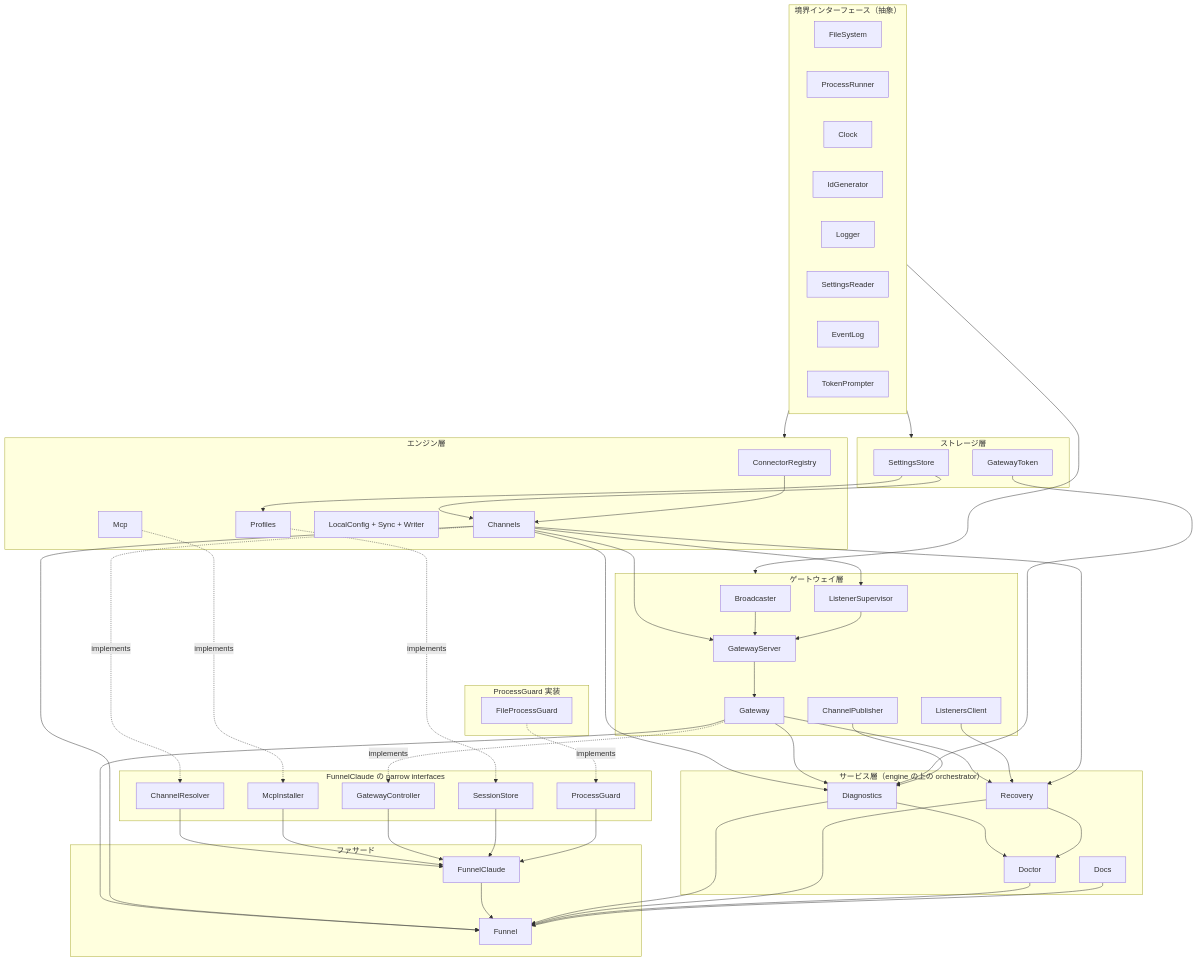
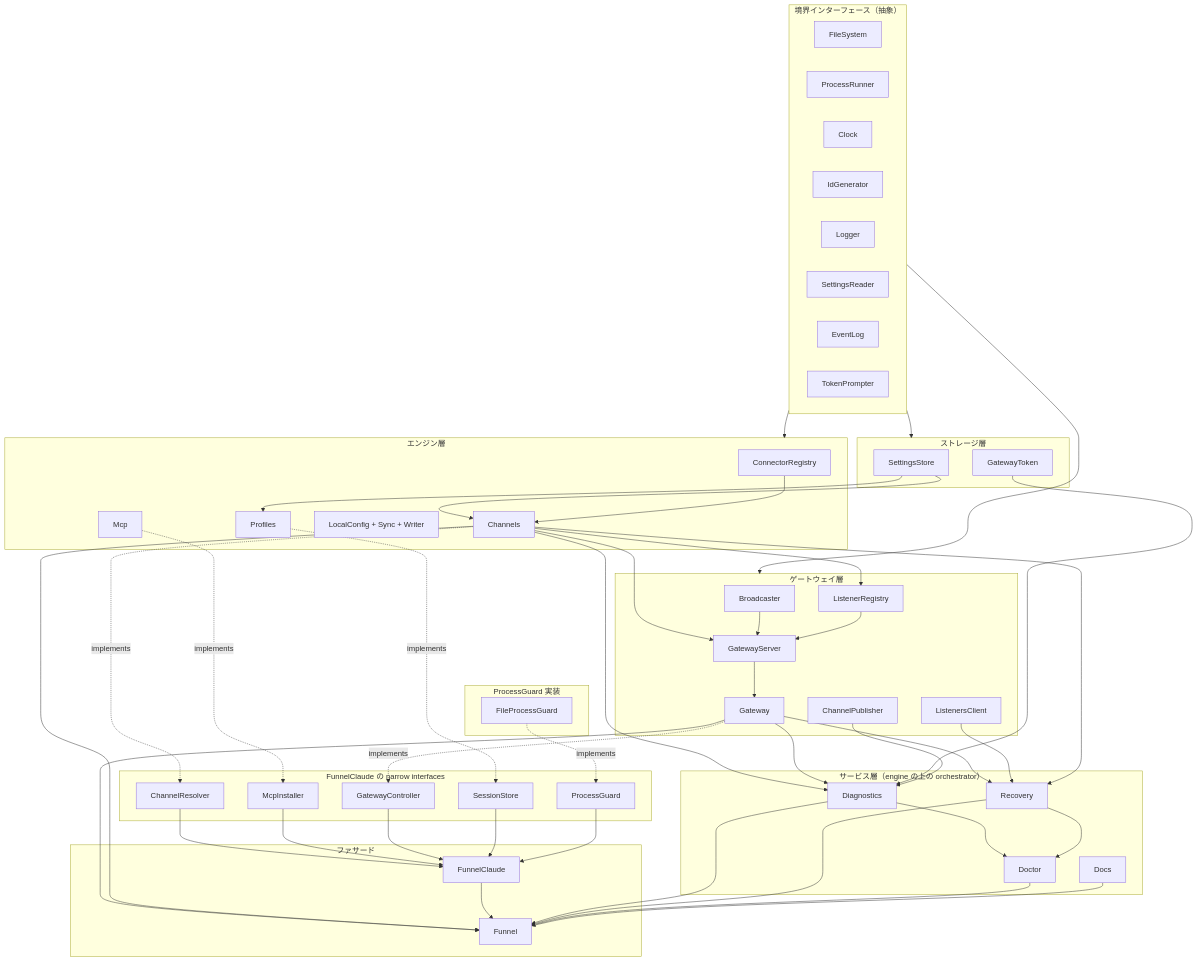
The diagram in CLAUDE.md (interactive-inc/open-claude-funnel), drawn with Mermaid before and after one commit. The commit also changed other lines of this file and 19 other files, not shown here.

Commit message:
fix: finish listener registry rename

```diff
--- a/CLAUDE.md
+++ b/CLAUDE.md
@@ -158,7 +158,7 @@
 
   subgraph gateway["ゲートウェイ層"]
     BC[Broadcaster]
-    LS[ListenerSupervisor]
+    LS[ListenerRegistry]
     GS[GatewayServer]
     GW[Gateway]
     CP[ChannelPublisher]
```
